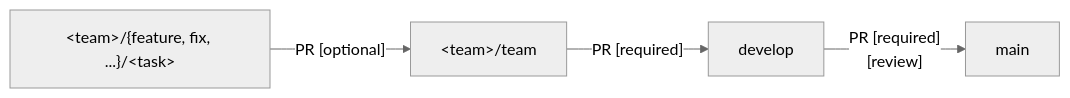
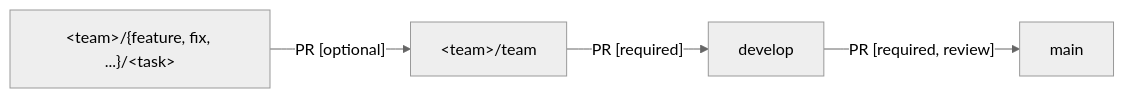
Before and after one commit to mephi-s24501/digital-circuitry-2026: the diagram in CONTRIBUTING.md, drawn with Mermaid (neutral theme). The commit also changed other lines of this file and 5 other files, not shown here.

````diff
--- a/CONTRIBUTING.md
+++ b/CONTRIBUTING.md
@@ -18,11 +20,11 @@
 ```mermaid
 flowchart LR
   TASK["#60;team#62;/{feature, fix, ...}/#60;task#62;"]
   TEAM["#60;team#62;/team"]
   DEV["develop"]
   MAIN["main"]
 
   TASK --> |"PR [optional]"| TEAM
   TEAM --> |"PR [required]"| DEV
-  DEV  --> |"PR [required] <br> [review]"| MAIN
+  DEV  --> |"PR [required, review]"| MAIN
 ```
````
